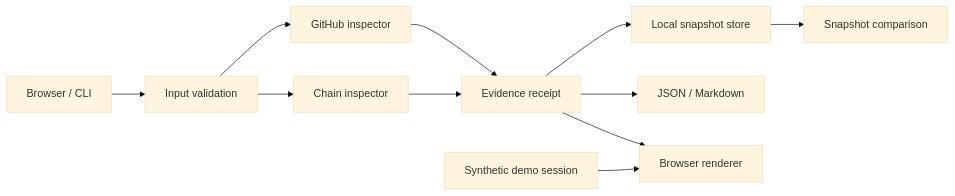
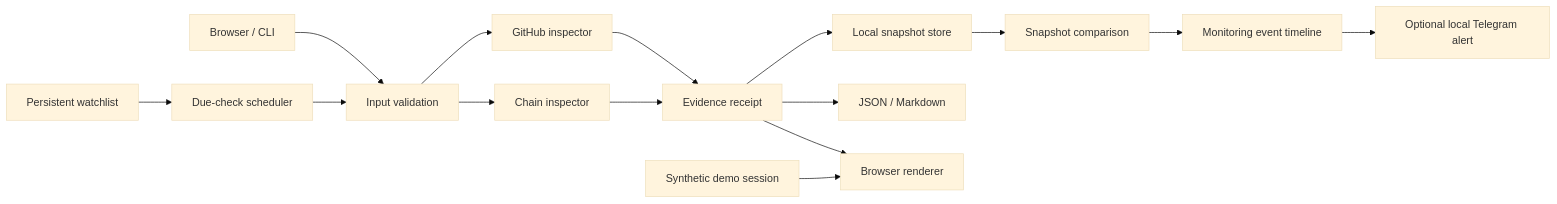
Before and after one commit to Nekt-0/rumzo: the diagram in docs/ARCHITECTURE.md, drawn with Mermaid (base theme). The commit also changed other lines of this file and 24 other files, not shown here.

```diff
--- a/docs/ARCHITECTURE.md
+++ b/docs/ARCHITECTURE.md
@@ -3,13 +3,17 @@
 ~~~mermaid
 flowchart LR
   UI[Browser / CLI] --> Input[Input validation]
   Input --> GitHub[GitHub inspector]
   Input --> Chain[Chain inspector]
   GitHub --> Receipt[Evidence receipt]
   Chain --> Receipt
   Receipt --> Store[Local snapshot store]
   Store --> Diff[Snapshot comparison]
+  Watch[Persistent watchlist] --> Scheduler[Due-check scheduler]
+  Scheduler --> Input
+  Diff --> Timeline[Monitoring event timeline]
+  Timeline --> Telegram[Optional local Telegram alert]
   Receipt --> Export[JSON / Markdown]
   Demo[Synthetic demo session] --> Renderer[Browser renderer]
   Receipt --> Renderer
 ~~~
```
